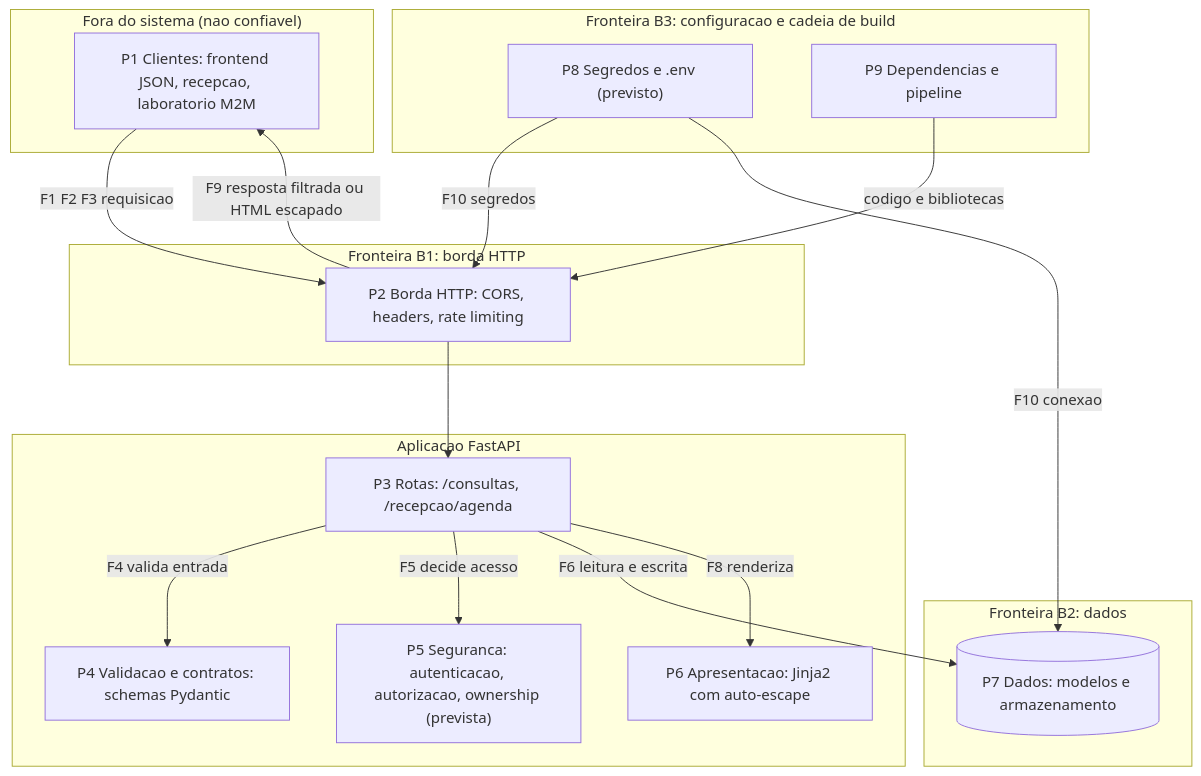
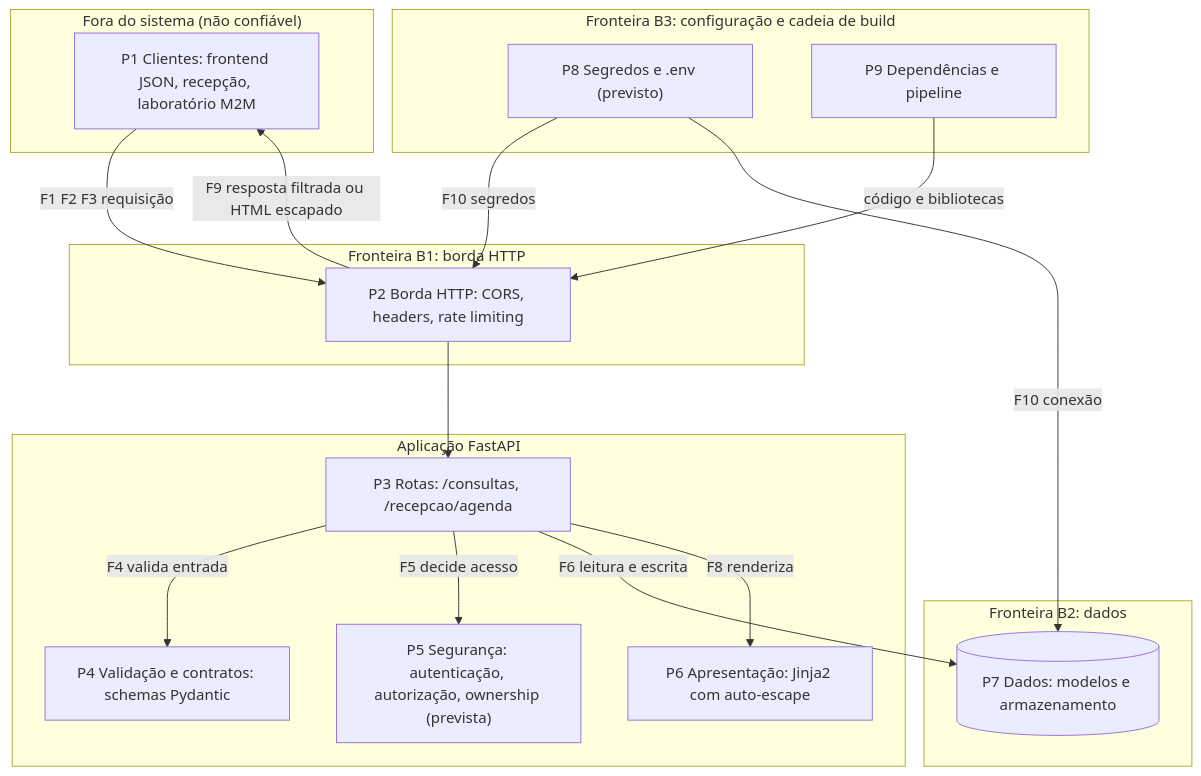
The diagram in docs/05_arquitetura.md (CaioRibeiroPereira/AT_Desenvolvimento_Seguro_Aplicacoes_Web), drawn with Mermaid before and after one commit. The commit also changed 39 other files, not shown here.

````diff
--- a/docs/05_arquitetura.md
+++ b/docs/05_arquitetura.md
@@ -21,37 +21,37 @@
 ```mermaid
 flowchart TB
-    subgraph b1["Fora do sistema (nao confiavel)"]
-        P1["P1 Clientes: frontend JSON, recepcao, laboratorio M2M"]
+    subgraph b1["Fora do sistema (não confiável)"]
+        P1["P1 Clientes: frontend JSON, recepção, laboratório M2M"]
     end
 
     subgraph borda["Fronteira B1: borda HTTP"]
         P2["P2 Borda HTTP: CORS, headers, rate limiting"]
     end
 
-    subgraph app["Aplicacao FastAPI"]
+    subgraph app["Aplicação FastAPI"]
         P3["P3 Rotas: /consultas, /recepcao/agenda"]
-        P4["P4 Validacao e contratos: schemas Pydantic"]
-        P5["P5 Seguranca: autenticacao, autorizacao, ownership (prevista)"]
-        P6["P6 Apresentacao: Jinja2 com auto-escape"]
+        P4["P4 Validação e contratos: schemas Pydantic"]
+        P5["P5 Segurança: autenticação, autorização, ownership (prevista)"]
+        P6["P6 Apresentação: Jinja2 com auto-escape"]
     end
 
     subgraph dados["Fronteira B2: dados"]
         P7[("P7 Dados: modelos e armazenamento")]
     end
 
-    subgraph b3["Fronteira B3: configuracao e cadeia de build"]
+    subgraph b3["Fronteira B3: configuração e cadeia de build"]
         P8["P8 Segredos e .env (previsto)"]
-        P9["P9 Dependencias e pipeline"]
+        P9["P9 Dependências e pipeline"]
     end
 
-    P1 -- "F1 F2 F3 requisicao" --> P2
+    P1 -- "F1 F2 F3 requisição" --> P2
     P2 --> P3
     P3 -- "F4 valida entrada" --> P4
     P3 -- "F5 decide acesso" --> P5
     P3 -- "F6 leitura e escrita" --> P7
     P3 -- "F8 renderiza" --> P6
     P2 -- "F9 resposta filtrada ou HTML escapado" --> P1
     P8 -- "F10 segredos" --> P2
-    P8 -- "F10 conexao" --> P7
-    P9 -- "codigo e bibliotecas" --> P2
+    P8 -- "F10 conexão" --> P7
+    P9 -- "código e bibliotecas" --> P2
 ```
````
